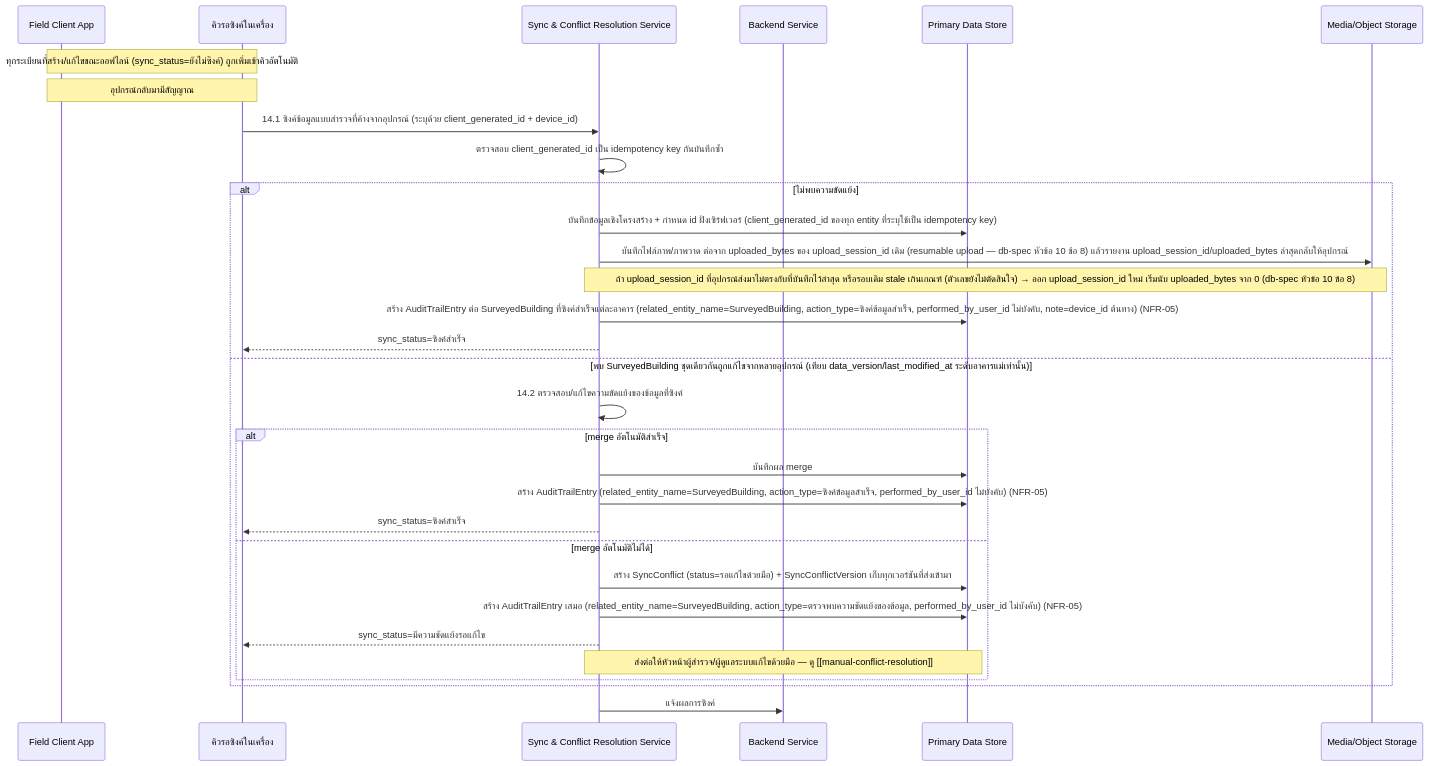
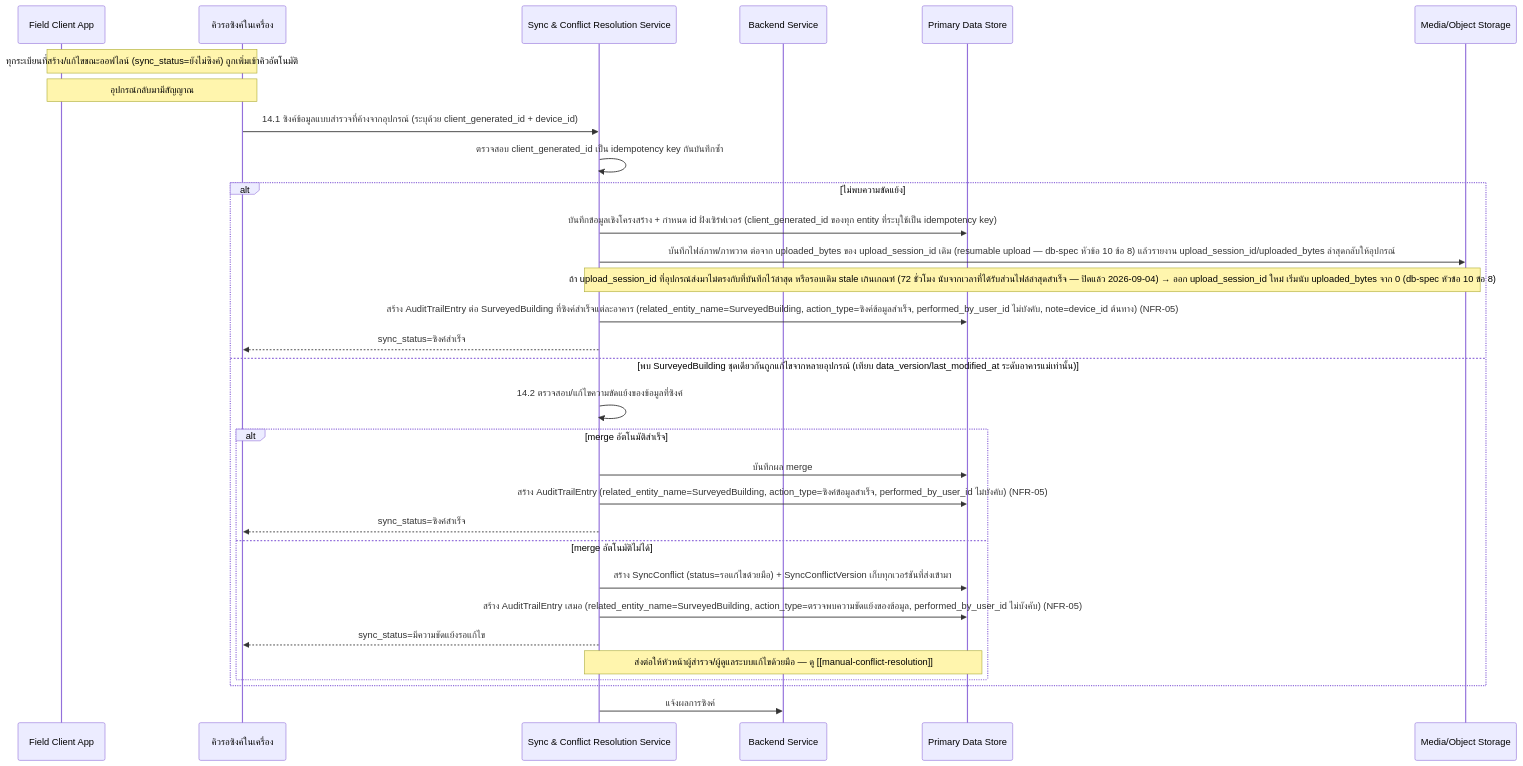
Before and after one commit to sirikorn-cmru/CrackAI-Field: the first of 2 diagrams in docs/02-design/02-technical/detailed-design/offline-sync.md, drawn with Mermaid. The commit also changed other lines of this file and 6 other files, not shown here.

````diff
--- a/docs/02-design/02-technical/detailed-design/offline-sync.md
+++ b/docs/02-design/02-technical/detailed-design/offline-sync.md
@@ -9,34 +9,34 @@
 ```mermaid
 sequenceDiagram
     participant FC as Field Client App
     participant Queue as คิวรอซิงค์ในเครื่อง
     participant Sync as Sync & Conflict Resolution Service
     participant BE as Backend Service
     participant DB as Primary Data Store
     participant Media as Media/Object Storage
 
     Note over FC,Queue: ทุกระเบียนที่สร้าง/แก้ไขขณะออฟไลน์ (sync_status=ยังไม่ซิงค์) ถูกเพิ่มเข้าคิวอัตโนมัติ
     Note over FC,Queue: อุปกรณ์กลับมามีสัญญาณ
     Queue->>Sync: 14.1 ซิงค์ข้อมูลแบบสำรวจที่ค้างจากอุปกรณ์ (ระบุด้วย client_generated_id + device_id)
     Sync->>Sync: ตรวจสอบ client_generated_id เป็น idempotency key กันบันทึกซ้ำ
     alt ไม่พบความขัดแย้ง
         Sync->>DB: บันทึกข้อมูลเชิงโครงสร้าง + กำหนด id ฝั่งเซิร์ฟเวอร์ (client_generated_id ของทุก entity ที่ระบุใช้เป็น idempotency key)
         Sync->>Media: บันทึกไฟล์ภาพ/ภาพวาด ต่อจาก uploaded_bytes ของ upload_session_id เดิม (resumable upload — db-spec หัวข้อ 10 ข้อ 8) แล้วรายงาน upload_session_id/uploaded_bytes ล่าสุดกลับให้อุปกรณ์
-        Note over Sync,Media: ถ้า upload_session_id ที่อุปกรณ์ส่งมาไม่ตรงกับที่บันทึกไว้ล่าสุด หรือรอบเดิม stale เกินเกณฑ์ (ตัวเลขยังไม่ตัดสินใจ) → ออก upload_session_id ใหม่ เริ่มนับ uploaded_bytes จาก 0 (db-spec หัวข้อ 10 ข้อ 8)
+        Note over Sync,Media: ถ้า upload_session_id ที่อุปกรณ์ส่งมาไม่ตรงกับที่บันทึกไว้ล่าสุด หรือรอบเดิม stale เกินเกณฑ์ (72 ชั่วโมง นับจากเวลาที่ได้รับส่วนไฟล์ล่าสุดสำเร็จ — ปิดแล้ว 2026-09-04) → ออก upload_session_id ใหม่ เริ่มนับ uploaded_bytes จาก 0 (db-spec หัวข้อ 10 ข้อ 8)
         Sync->>DB: สร้าง AuditTrailEntry ต่อ SurveyedBuilding ที่ซิงค์สำเร็จแต่ละอาคาร (related_entity_name=SurveyedBuilding, action_type=ซิงค์ข้อมูลสำเร็จ, performed_by_user_id ไม่บังคับ, note=device_id ต้นทาง) (NFR-05)
         Sync-->>Queue: sync_status=ซิงค์สำเร็จ
     else พบ SurveyedBuilding ชุดเดียวกันถูกแก้ไขจากหลายอุปกรณ์ (เทียบ data_version/last_modified_at ระดับอาคารแม่เท่านั้น)
         Sync->>Sync: 14.2 ตรวจสอบ/แก้ไขความขัดแย้งของข้อมูลที่ซิงค์
         alt merge อัตโนมัติสำเร็จ
             Sync->>DB: บันทึกผล merge
             Sync->>DB: สร้าง AuditTrailEntry (related_entity_name=SurveyedBuilding, action_type=ซิงค์ข้อมูลสำเร็จ, performed_by_user_id ไม่บังคับ) (NFR-05)
             Sync-->>Queue: sync_status=ซิงค์สำเร็จ
         else merge อัตโนมัติไม่ได้
             Sync->>DB: สร้าง SyncConflict (status=รอแก้ไขด้วยมือ) + SyncConflictVersion เก็บทุกเวอร์ชันที่ส่งเข้ามา
             Sync->>DB: สร้าง AuditTrailEntry เสมอ (related_entity_name=SurveyedBuilding, action_type=ตรวจพบความขัดแย้งของข้อมูล, performed_by_user_id ไม่บังคับ) (NFR-05)
             Sync-->>Queue: sync_status=มีความขัดแย้งรอแก้ไข
             Note over Sync,DB: ส่งต่อให้หัวหน้าผู้สำรวจ/ผู้ดูแลระบบแก้ไขด้วยมือ — ดู [[manual-conflict-resolution]]
         end
     end
     Sync->>BE: แจ้งผลการซิงค์
 ```
````
